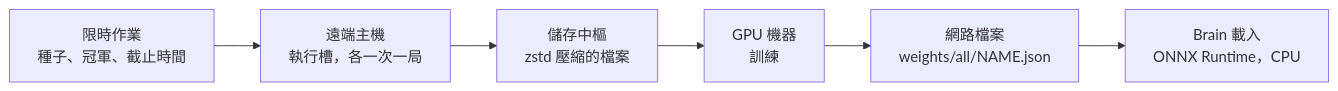
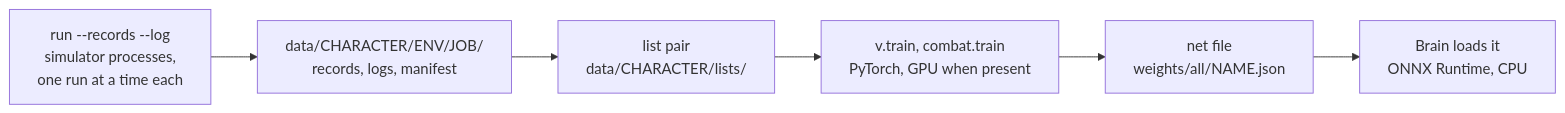
One commit to shinnku-nikaidou/spire-zero changed the diagram in docs/src/content/docs/zh-tw/arch/learning/reference.mdx. Above: the diagram before and after it, drawn with Mermaid. The commit also changed other lines of this file and 164 other files, not shown here.

````diff
--- a/docs/src/content/docs/zh-tw/arch/learning/reference.mdx
+++ b/docs/src/content/docs/zh-tw/arch/learning/reference.mdx
@@ -14,8 +14,8 @@
 ```mermaid
 flowchart LR
-  S["限時作業<br/>種子、冠軍、截止時間"] --> W["遠端主機<br/>執行槽，各一次一局"]
-  W --> H["儲存中樞<br/>zstd 壓縮的檔案"]
-  H --> T["GPU 機器<br/>訓練"]
-  T --> WT["網路檔案<br/>weights/all/NAME.json"]
-  WT --> B["Brain 載入<br/>ONNX Runtime，CPU"]
+  R["run --records --log<br/>simulator processes,<br/>one run at a time each"] --> D["data/CHARACTER/ENV/JOB/<br/>records, logs, manifest"]
+  D --> L["list pair<br/>data/CHARACTER/lists/"]
+  L --> T["v.train, combat.train<br/>PyTorch, GPU when present"]
+  T --> WT["net file<br/>weights/all/NAME.json"]
+  WT --> B["Brain loads it<br/>ONNX Runtime, CPU"]
 ```
````
